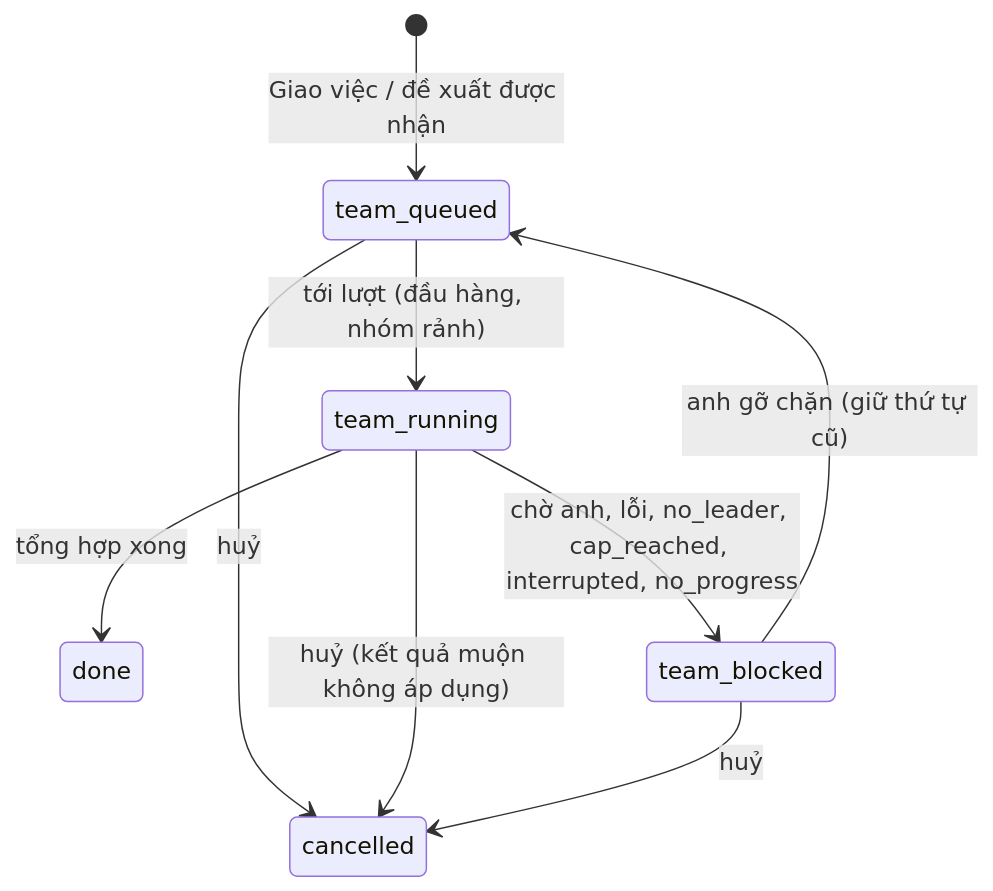
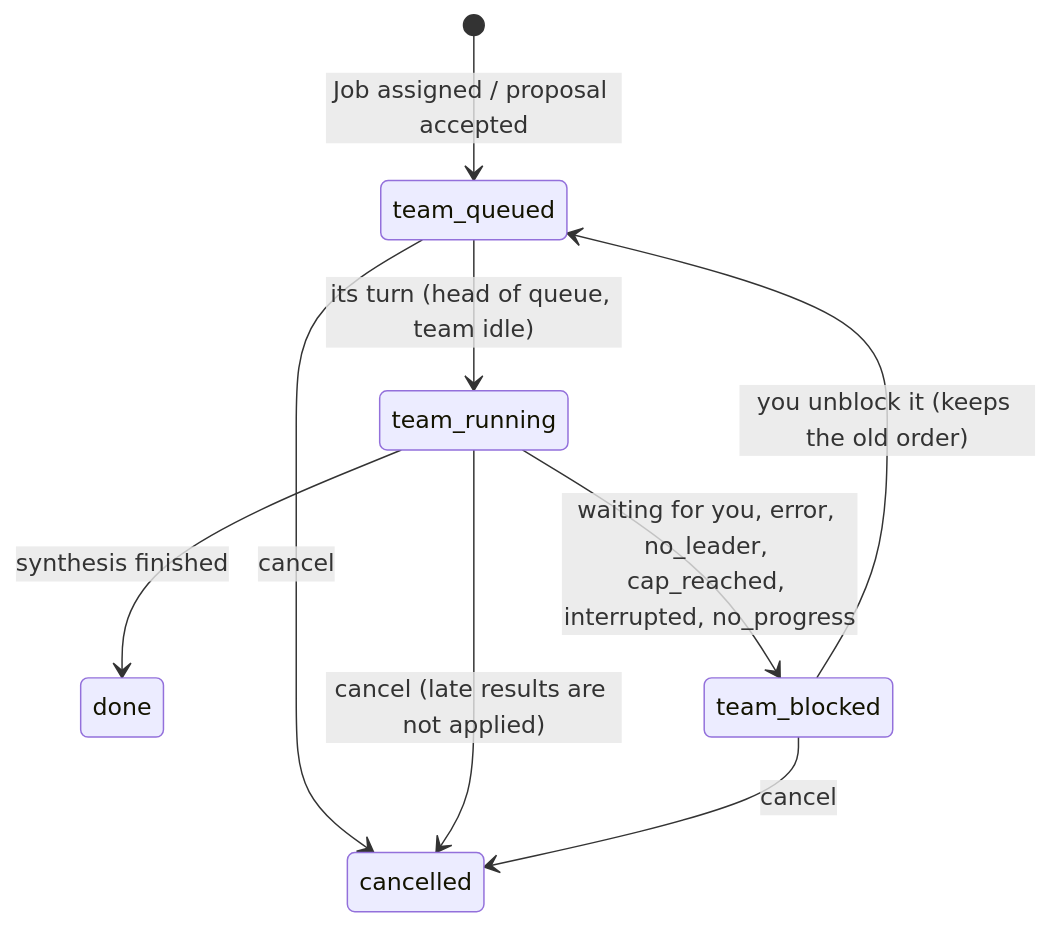
One commit to thebaci/Jarvis-007 changed the third of 3 diagrams in docs/dev/team-chat-wireframes.md. Above: the diagram before and after it, drawn with Mermaid. The commit also changed other lines of this file and 14 other files, not shown here.

First line of the commit message:
WIP: translation in progress (agents still editing; not a final state)

````diff
--- a/docs/dev/team-chat-wireframes.md
+++ b/docs/dev/team-chat-wireframes.md
@@ -259,11 +259,11 @@
 ```mermaid
 stateDiagram-v2
-  [*] --> team_queued: Giao việc / đề xuất được nhận
-  team_queued --> team_running: tới lượt (đầu hàng, nhóm rảnh)
-  team_running --> done: tổng hợp xong
-  team_running --> team_blocked: chờ anh, lỗi, no_leader, cap_reached, interrupted, no_progress
-  team_blocked --> team_queued: anh gỡ chặn (giữ thứ tự cũ)
-  team_queued --> cancelled: huỷ
-  team_running --> cancelled: huỷ (kết quả muộn không áp dụng)
-  team_blocked --> cancelled: huỷ
+  [*] --> team_queued: Job assigned / proposal accepted
+  team_queued --> team_running: its turn (head of queue, team idle)
+  team_running --> done: synthesis finished
+  team_running --> team_blocked: waiting for you, error, no_leader, cap_reached, interrupted, no_progress
+  team_blocked --> team_queued: you unblock it (keeps the old order)
+  team_queued --> cancelled: cancel
+  team_running --> cancelled: cancel (late results are not applied)
+  team_blocked --> cancelled: cancel
 ```
````
